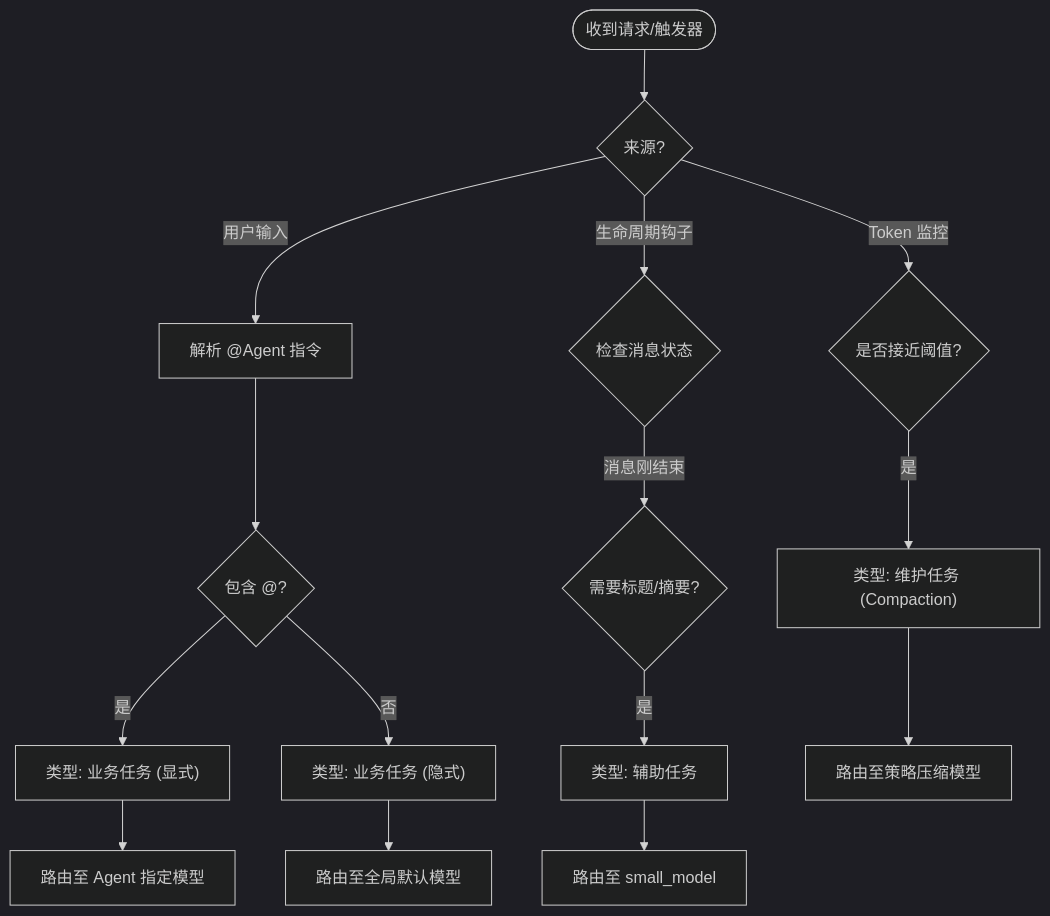
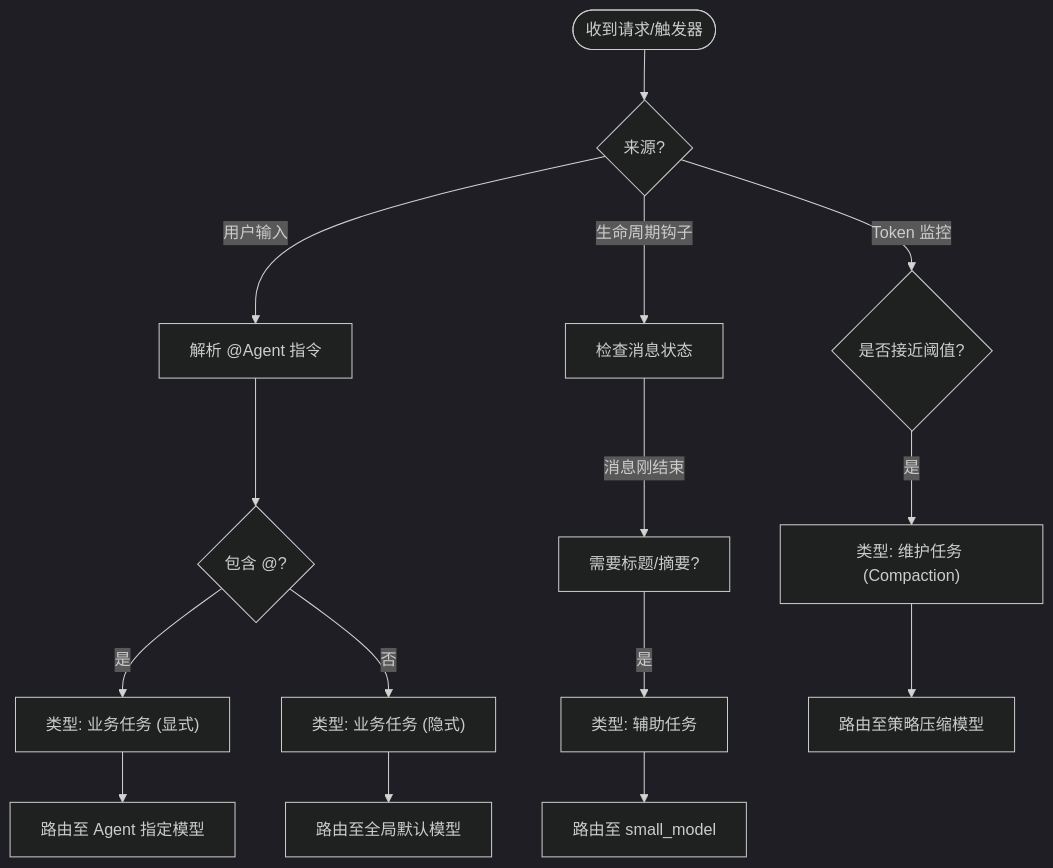
Before and after one commit to cute-spring/opencode-notes: the fifth of 6 diagrams in docs/arch/multi-model-orchestration.md, drawn with Mermaid (dark theme). The commit also changed other lines of this file and 2 other files, not shown here.

First line of the commit message:
docs: add architecture overview and analysis documents

````diff
--- a/docs/arch/multi-model-orchestration.md
+++ b/docs/arch/multi-model-orchestration.md
@@ -182,21 +236,21 @@
 ```mermaid
 flowchart TD
-    Start([收到请求/触发器]) --> Source{来源?}
+    Start(["收到请求/触发器"]) --> Source{"来源?"}
     
-    Source -- 用户输入 --> ParseAgent[解析 @Agent 指令]
-    ParseAgent --> HasAgent{包含 @?}
-    HasAgent -- 是 --> TypeBusiness["类型: 业务任务 (显式)"]
-    HasAgent -- 否 --> TypeBusinessDefault["类型: 业务任务 (隐式)"]
+    Source -- "用户输入" --> ParseAgent["解析 @Agent 指令"]
+    ParseAgent --> HasAgent{"包含 @?"}
+    HasAgent -- "是" --> TypeBusiness["类型: 业务任务 (显式)"]
+    HasAgent -- "否" --> TypeBusinessDefault["类型: 业务任务 (隐式)"]
     
-    Source -- 生命周期钩子 --> CheckState{检查消息状态}
-    CheckState -- 消息刚结束 --> NeedsTitle{需要标题/摘要?}
-    NeedsTitle -- 是 --> TypeAux[类型: 辅助任务]
+    Source -- "生命周期钩子" --> CheckState["检查消息状态"]
+    CheckState -- "消息刚结束" --> NeedsTitle["需要标题/摘要?"]
+    NeedsTitle -- "是" --> TypeAux["类型: 辅助任务"]
     
-    Source -- Token 监控 --> CheckLimit{是否接近阈值?}
-    CheckLimit -- 是 --> TypeMaint["类型: 维护任务 (Compaction)"]
+    Source -- "Token 监控" --> CheckLimit{"是否接近阈值?"}
+    CheckLimit -- "是" --> TypeMaint["类型: 维护任务 (Compaction)"]
     
-    TypeAux --> RouteSmall[路由至 small_model]
-    TypeBusiness --> RouteAgent[路由至 Agent 指定模型]
-    TypeBusinessDefault --> RouteGlobal[路由至全局默认模型]
-    TypeMaint --> RouteMaint[路由至策略压缩模型]
+    TypeAux --> RouteSmall["路由至 small_model"]
+    TypeBusiness --> RouteAgent["路由至 Agent 指定模型"]
+    TypeBusinessDefault --> RouteGlobal["路由至全局默认模型"]
+    TypeMaint --> RouteMaint["路由至策略压缩模型"]
 ```
````
